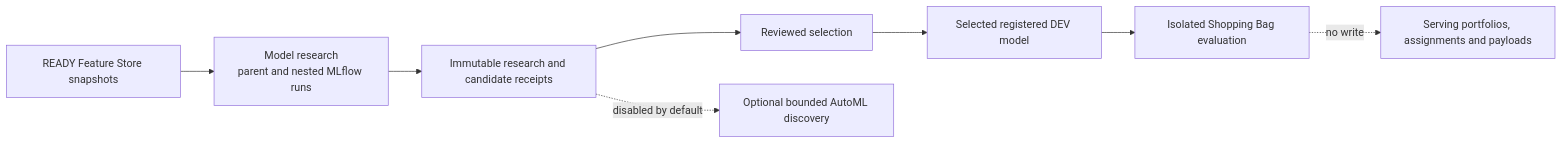
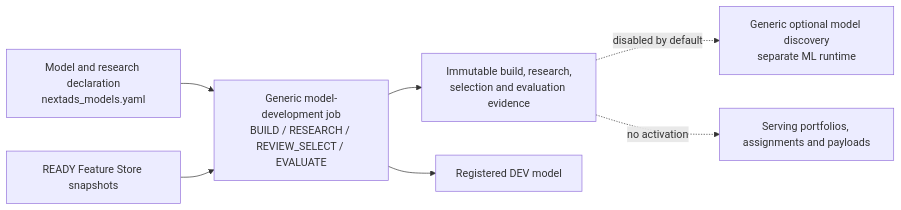
One commit to swblain-glyndwr/personal_project changed the eighth of 8 diagrams in docs/CICD/nextads_databricks_runtime_map.md. Above: the diagram before and after it, drawn with Mermaid. The commit also changed other lines of this file and 42 other files, not shown here.

Commit message:
Consolidate declared model lifecycle jobs

````diff
--- a/docs/CICD/nextads_databricks_runtime_map.md
+++ b/docs/CICD/nextads_databricks_runtime_map.md
@@ -404,15 +404,16 @@
 ```mermaid
 flowchart LR
+  declaration["Model and research declaration<br/>nextads_models.yaml"]
   snapshots["READY Feature Store snapshots"]
-  research["Model research<br/>parent and nested MLflow runs"]
-  receipts["Immutable research and candidate receipts"]
-  selection["Reviewed selection"]
-  selected["Selected registered DEV model"]
-  evaluation["Isolated Shopping Bag evaluation"]
-  automl["Optional bounded AutoML discovery"]
+  lifecycle["Generic model-development job<br/>BUILD / RESEARCH / REVIEW_SELECT / EVALUATE"]
+  receipts["Immutable build, research,<br/>selection and evaluation evidence"]
+  model["Registered DEV model"]
+  discovery["Generic optional model discovery<br/>separate ML runtime"]
   live["Serving portfolios, assignments and payloads"]
 
-  snapshots --> research --> receipts --> selection --> selected --> evaluation
-  receipts -. "disabled by default" .-> automl
-  evaluation -. "no write" .-> live
+  declaration --> lifecycle
+  snapshots --> lifecycle --> receipts
+  lifecycle --> model
+  receipts -. "disabled by default" .-> discovery
+  receipts -. "no activation" .-> live
 ```
````
